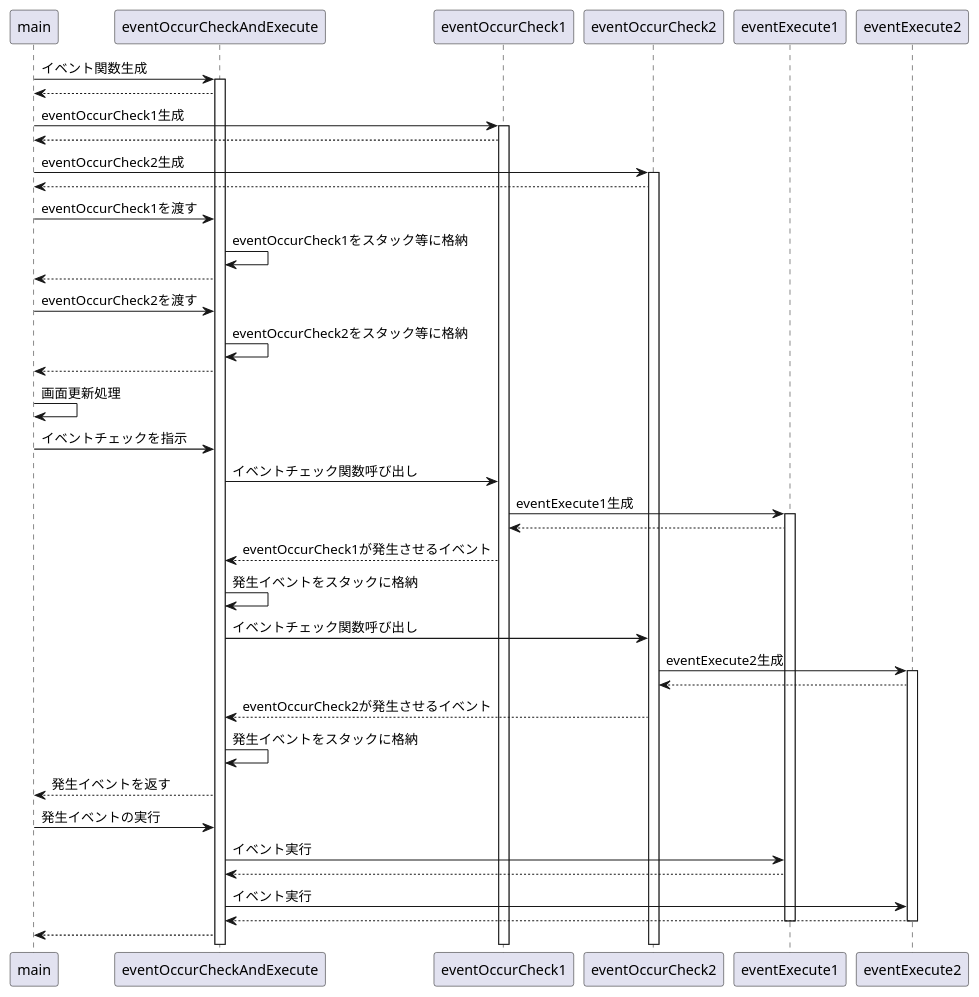
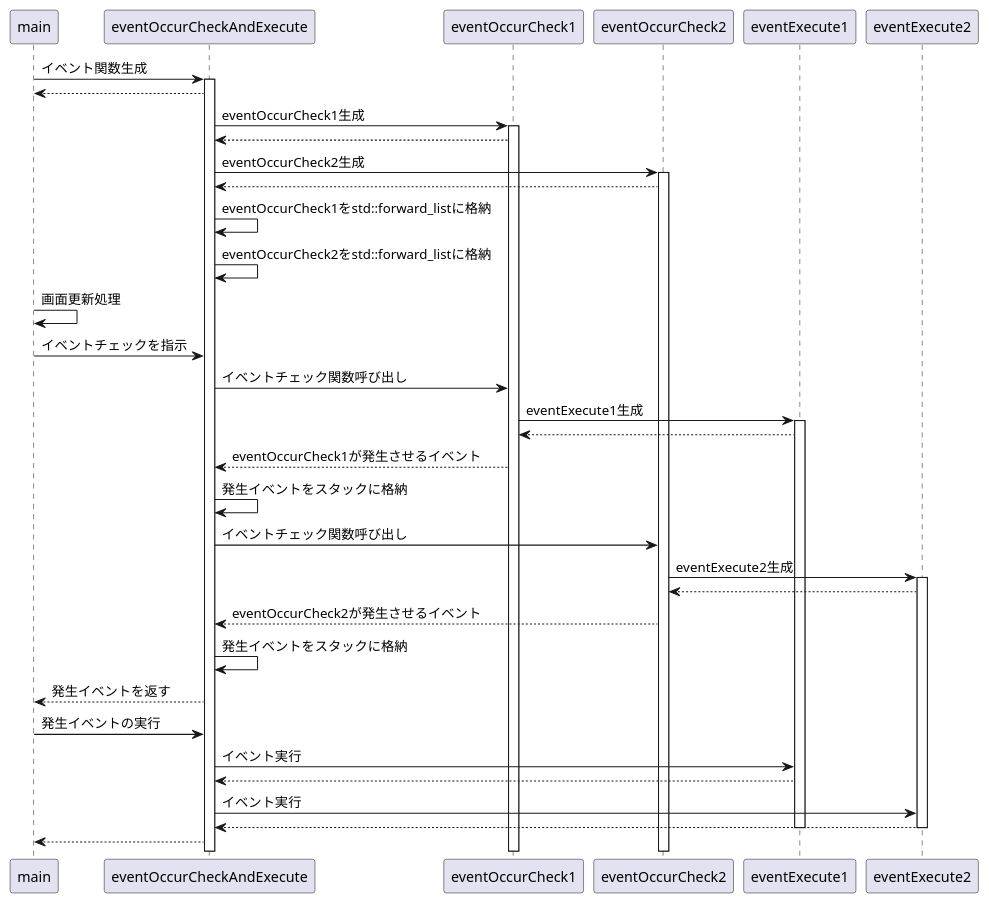
The third of 3 diagrams in Document/イベントのリファクタリング案について.md (terapotan/NewBreakingBlocks), drawn with PlantUML before and after one commit. The commit also changed other lines of this file and 6 other files, not shown here.

````diff
--- a/Document/イベントのリファクタリング案について.md
+++ b/Document/イベントのリファクタリング案について.md
@@ -81,54 +81,51 @@
 ```plantuml
 main->eventOccurCheckAndExecute:イベント関数生成
 
 activate eventOccurCheckAndExecute
 eventOccurCheckAndExecute-->main
-main->eventOccurCheck1:eventOccurCheck1生成
+eventOccurCheckAndExecute->eventOccurCheck1:eventOccurCheck1生成
 activate eventOccurCheck1
-eventOccurCheck1-->main:
+eventOccurCheck1-->eventOccurCheckAndExecute:
 
-main->eventOccurCheck2:eventOccurCheck2生成
+eventOccurCheckAndExecute->eventOccurCheck2:eventOccurCheck2生成
 activate eventOccurCheck2
-eventOccurCheck2-->main:
+eventOccurCheck2-->eventOccurCheckAndExecute:
 
-main->eventOccurCheckAndExecute:eventOccurCheck1を渡す
 
-eventOccurCheckAndExecute->eventOccurCheckAndExecute:eventOccurCheck1をスタック等に格納
-eventOccurCheckAndExecute-->main
-main->eventOccurCheckAndExecute:eventOccurCheck2を渡す
 
-eventOccurCheckAndExecute->eventOccurCheckAndExecute:eventOccurCheck2をスタック等に格納
-eventOccurCheckAndExecute-->main
+eventOccurCheckAndExecute->eventOccurCheckAndExecute:eventOccurCheck1をstd::forward_listに格納
+
+eventOccurCheckAndExecute->eventOccurCheckAndExecute:eventOccurCheck2をstd::forward_listに格納
 main->main:画面更新処理
 main->eventOccurCheckAndExecute:イベントチェックを指示
 
 eventOccurCheckAndExecute->eventOccurCheck1:イベントチェック関数呼び出し
 
 eventOccurCheck1->eventExecute1:eventExecute1生成
 activate eventExecute1
 eventExecute1-->eventOccurCheck1
 eventOccurCheck1-->eventOccurCheckAndExecute:eventOccurCheck1が発生させるイベント
 
 eventOccurCheckAndExecute->eventOccurCheckAndExecute:発生イベントをスタックに格納
 
 eventOccurCheckAndExecute->eventOccurCheck2:イベントチェック関数呼び出し
 
 eventOccurCheck2->eventExecute2:eventExecute2生成
 activate eventExecute2
 eventExecute2-->eventOccurCheck2
 eventOccurCheck2-->eventOccurCheckAndExecute:eventOccurCheck2が発生させるイベント
 
 eventOccurCheckAndExecute->eventOccurCheckAndExecute:発生イベントをスタックに格納
 eventOccurCheckAndExecute-->main:発生イベントを返す
 main->eventOccurCheckAndExecute:発生イベントの実行
 
 eventOccurCheckAndExecute->eventExecute1:イベント実行
 eventExecute1-->eventOccurCheckAndExecute
 
 eventOccurCheckAndExecute->eventExecute2:イベント実行
 eventExecute2-->eventOccurCheckAndExecute
 deactivate eventExecute1
 deactivate eventExecute2
 eventOccurCheckAndExecute-->main
 
 ```
````
